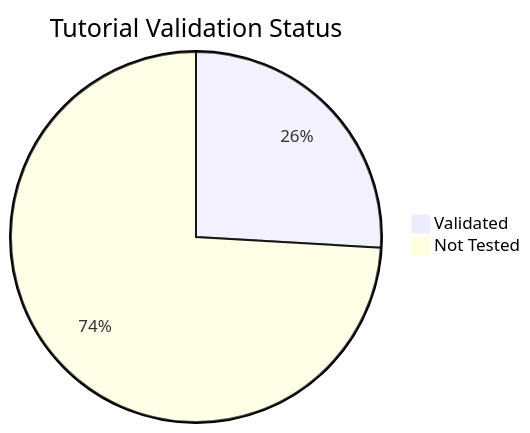
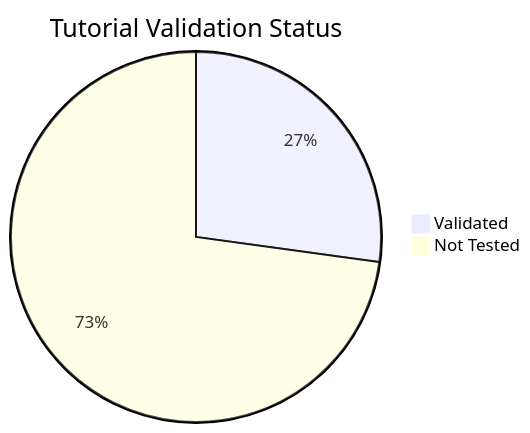
Before and after one commit to yeongseon/azure-container-apps-practical-guide: the diagram in docs/reference/validation-status.md, drawn with Mermaid. The commit also changed other lines of this file and 1 other file, not shown here.

````diff
--- a/docs/reference/validation-status.md
+++ b/docs/reference/validation-status.md
@@ -35,5 +35,5 @@
 ```mermaid
 pie title Tutorial Validation Status
-    "Validated" : 21
-    "Not Tested" : 60
+    "Validated" : 22
+    "Not Tested" : 59
 ```
````
